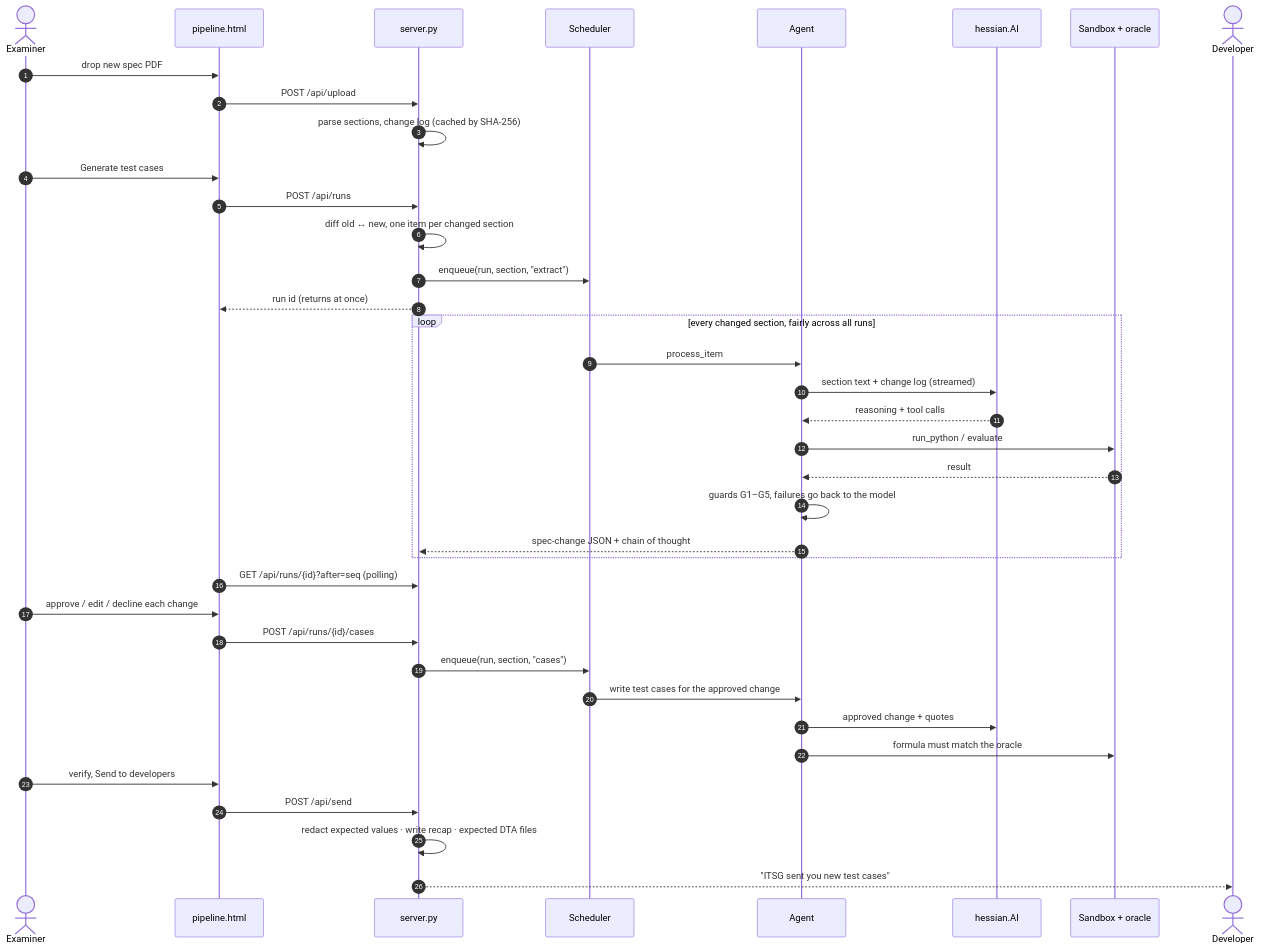
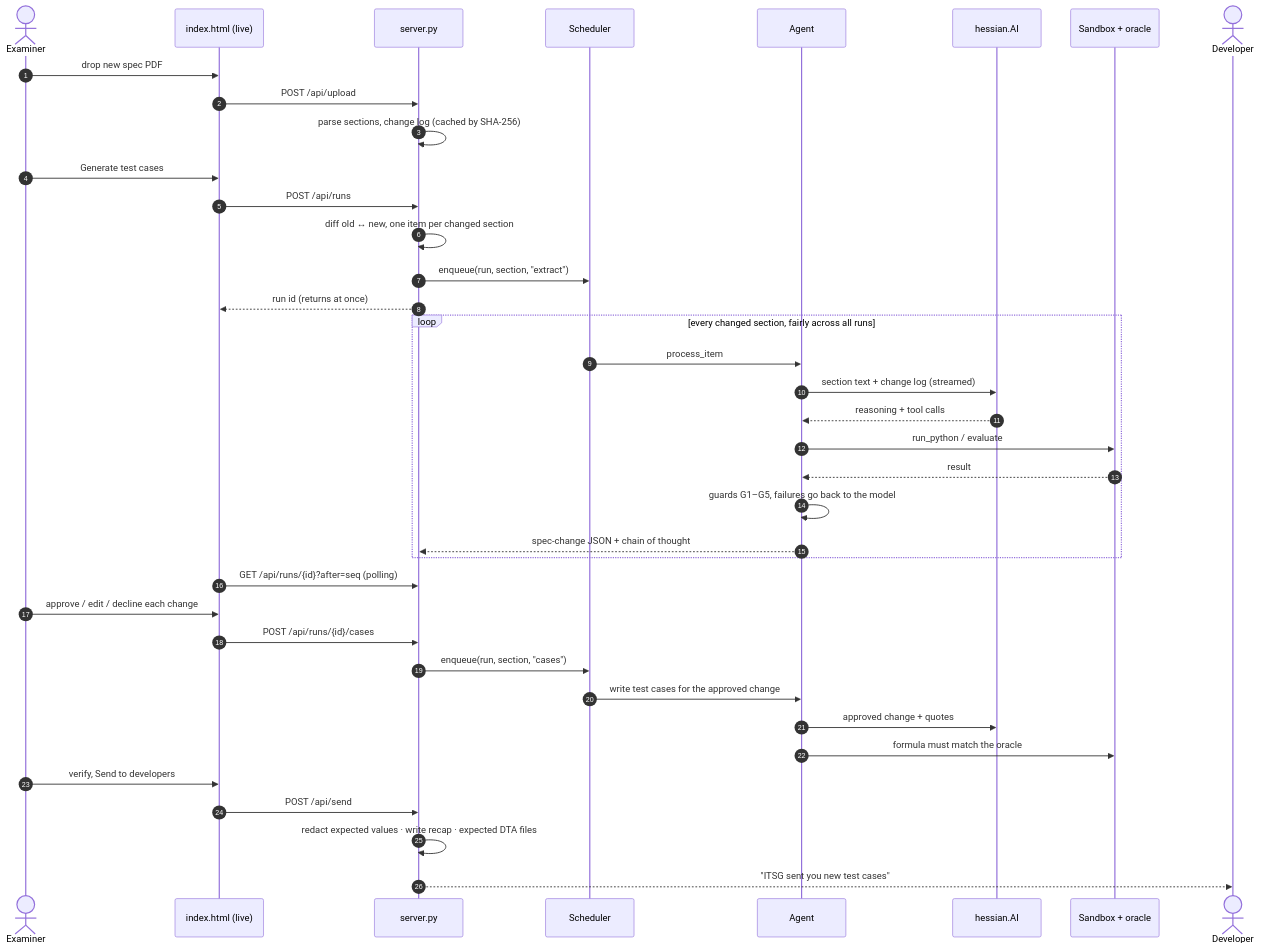
Before and after one commit to AmineChr54/futury-hackathon-itsg: the third of 6 diagrams in README.md, drawn with Mermaid. The commit also changed other lines of this file and 12 other files, not shown here.

````diff
--- a/README.md
+++ b/README.md
@@ -243,43 +261,43 @@
 ```mermaid
 sequenceDiagram
     autonumber
     actor E as Examiner
-    participant UI as pipeline.html
+    participant UI as index.html (live)
     participant API as server.py
     participant Q as Scheduler
     participant A as Agent
     participant LLM as hessian.AI
     participant T as Sandbox + oracle
     actor D as Developer
 
     E->>UI: drop new spec PDF
     UI->>API: POST /api/upload
     API->>API: parse sections, change log (cached by SHA-256)
     E->>UI: Generate test cases
     UI->>API: POST /api/runs
     API->>API: diff old ↔ new, one item per changed section
     API->>Q: enqueue(run, section, "extract")
     API-->>UI: run id (returns at once)
 
     loop every changed section, fairly across all runs
         Q->>A: process_item
         A->>LLM: section text + change log (streamed)
         LLM-->>A: reasoning + tool calls
         A->>T: run_python / evaluate
         T-->>A: result
         A->>A: guards G1–G5, failures go back to the model
         A-->>API: spec-change JSON + chain of thought
     end
 
     UI->>API: GET /api/runs/{id}?after=seq (polling)
     E->>UI: approve / edit / decline each change
     UI->>API: POST /api/runs/{id}/cases
     API->>Q: enqueue(run, section, "cases")
     Q->>A: write test cases for the approved change
     A->>LLM: approved change + quotes
     A->>T: formula must match the oracle
     E->>UI: verify, Send to developers
     UI->>API: POST /api/send
     API->>API: redact expected values · write recap · expected DTA files
     API-->>D: "ITSG sent you new test cases"
 ```
````
